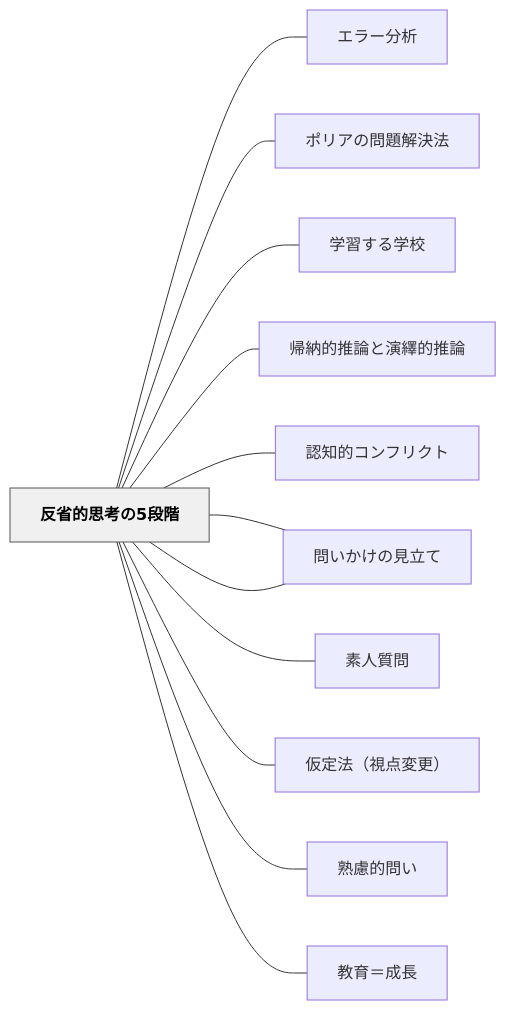
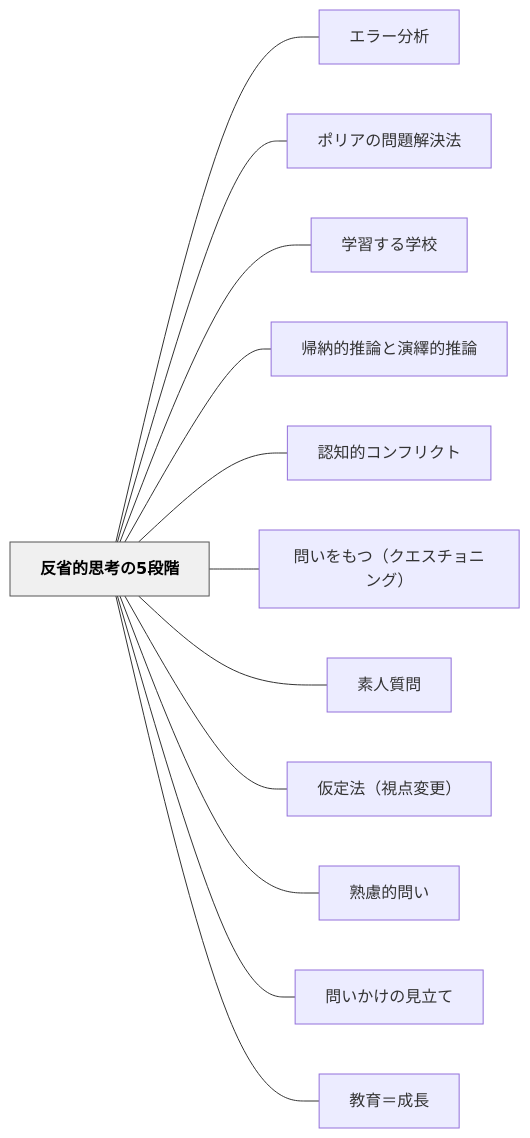
Before and after one commit to unknownthings-ed-patterns/unknownthings-ed-patterns: the diagram in content/パタン/反省的思考の5段階.md, drawn with Mermaid. The commit also changed 527 other files, not shown here.

````diff
--- a/content/パタン/反省的思考の5段階.md
+++ b/content/パタン/反省的思考の5段階.md
@@ -154,30 +154,30 @@
 ```mermaid
 flowchart LR
-    ne58f8de79c81["反省的思考の5段階"]
-    ne382a8e383a9["エラー分析"]
-    ne3839de383aa["ポリアの問題解決法"]
-    ne5ada6e7bf92["学習する学校"]
-    ne5b8b0e7b48d["帰納的推論と演繹的推論"]
-    ne8aa8de79fa5["認知的コンフリクト"]
-    ne5958fe38184["問いをもつ（クエスチョニング）"]
-    ne7b4a0e4baba["素人質問"]
-    ne4bbaee5ae9a["仮定法（視点変更）"]
-    ne7869fe685ae["熟慮的問い"]
-    ne5958fe38184["問いかけの見立て"]
-    ne69599e882b2["教育＝成長"]
+    ne58f8de79c81e79a84e6809de88083e381ae35e6aeb5e99a8e["反省的思考の5段階"]
+    ne382a8e383a9e383bce58886e69e90["エラー分析"]
+    ne3839de383aae382a2e381aee5958fe9a18ce8a7a3e6b1bae6b395["ポリアの問題解決法"]
+    ne5ada6e7bf92e38199e3828be5ada6e6a0a1["学習する学校"]
+    ne5b8b0e7b48de79a84e68ea8e8ab96e381a8e6bc94e7b9b9e79a84e68ea8e8ab96["帰納的推論と演繹的推論"]
+    ne8aa8de79fa5e79a84e382b3e383b3e38395e383aae382afe38388["認知的コンフリクト"]
+    ne5958fe38184e38292e38282e381a4efbc88e382afe382a8e382b9e38381e383a7e3838be383b3e382b0efbc89["問いをもつ（クエスチョニング）"]
+    ne7b4a0e4babae8b3aae5958f["素人質問"]
+    ne4bbaee5ae9ae6b395efbc88e8a696e782b9e5a489e69bb4efbc89["仮定法（視点変更）"]
+    ne7869fe685aee79a84e5958fe38184["熟慮的問い"]
+    ne5958fe38184e3818be38191e381aee8a68be7ab8be381a6["問いかけの見立て"]
+    ne69599e882b2efbc9de68890e995b7["教育＝成長"]
 
-    ne58f8de79c81 --- ne382a8e383a9
-    ne58f8de79c81 --- ne3839de383aa
-    ne58f8de79c81 --- ne5ada6e7bf92
-    ne58f8de79c81 --- ne5b8b0e7b48d
-    ne58f8de79c81 --- ne8aa8de79fa5
-    ne58f8de79c81 --- ne5958fe38184
-    ne58f8de79c81 --- ne7b4a0e4baba
-    ne58f8de79c81 --- ne4bbaee5ae9a
-    ne58f8de79c81 --- ne7869fe685ae
-    ne58f8de79c81 --- ne5958fe38184
-    ne58f8de79c81 --- ne69599e882b2
+    ne58f8de79c81e79a84e6809de88083e381ae35e6aeb5e99a8e --- ne382a8e383a9e383bce58886e69e90
+    ne58f8de79c81e79a84e6809de88083e381ae35e6aeb5e99a8e --- ne3839de383aae382a2e381aee5958fe9a18ce8a7a3e6b1bae6b395
+    ne58f8de79c81e79a84e6809de88083e381ae35e6aeb5e99a8e --- ne5ada6e7bf92e38199e3828be5ada6e6a0a1
+    ne58f8de79c81e79a84e6809de88083e381ae35e6aeb5e99a8e --- ne5b8b0e7b48de79a84e68ea8e8ab96e381a8e6bc94e7b9b9e79a84e68ea8e8ab96
+    ne58f8de79c81e79a84e6809de88083e381ae35e6aeb5e99a8e --- ne8aa8de79fa5e79a84e382b3e383b3e38395e383aae382afe38388
+    ne58f8de79c81e79a84e6809de88083e381ae35e6aeb5e99a8e --- ne5958fe38184e38292e38282e381a4efbc88e382afe382a8e382b9e38381e383a7e3838be383b3e382b0efbc89
+    ne58f8de79c81e79a84e6809de88083e381ae35e6aeb5e99a8e --- ne7b4a0e4babae8b3aae5958f
+    ne58f8de79c81e79a84e6809de88083e381ae35e6aeb5e99a8e --- ne4bbaee5ae9ae6b395efbc88e8a696e782b9e5a489e69bb4efbc89
+    ne58f8de79c81e79a84e6809de88083e381ae35e6aeb5e99a8e --- ne7869fe685aee79a84e5958fe38184
+    ne58f8de79c81e79a84e6809de88083e381ae35e6aeb5e99a8e --- ne5958fe38184e3818be38191e381aee8a68be7ab8be381a6
+    ne58f8de79c81e79a84e6809de88083e381ae35e6aeb5e99a8e --- ne69599e882b2efbc9de68890e995b7
 
     classDef hub fill:#f0f0f0,stroke:#555,color:#000,font-weight:bold
-    class ne58f8de79c81 hub
+    class ne58f8de79c81e79a84e6809de88083e381ae35e6aeb5e99a8e hub
 ```
````
